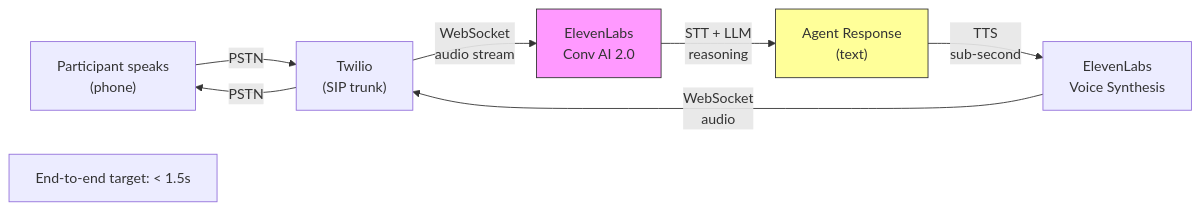
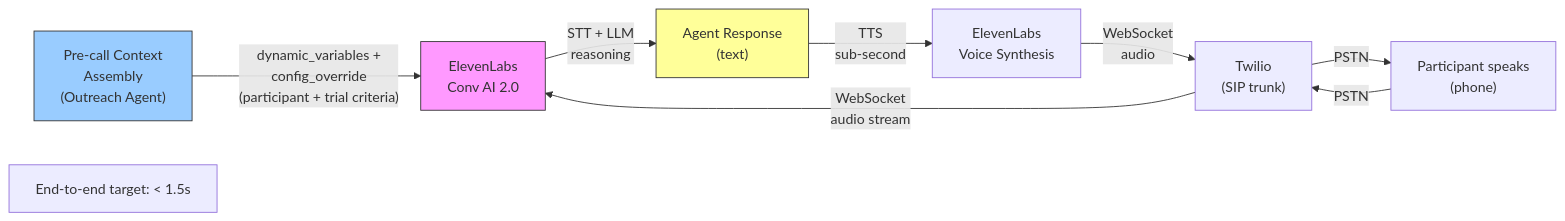
Before and after one commit to wilsonwolf/ask_mary: the fifth of 10 diagrams in local_docs/ask_mary_plan.md, drawn with Mermaid. The commit also changed other lines of this file and 66 other files, not shown here.

````diff
--- a/local_docs/ask_mary_plan.md
+++ b/local_docs/ask_mary_plan.md
@@ -737,14 +770,17 @@
 ```mermaid
 graph LR
+    PRE["Pre-call Context<br/>Assembly<br/>(Outreach Agent)"] -->|"dynamic_variables +<br/>config_override<br/>(participant + trial criteria)"| C
+
     A["Participant speaks<br/>(phone)"] -->|PSTN| B["Twilio<br/>(SIP trunk)"]
     B -->|WebSocket<br/>audio stream| C["ElevenLabs<br/>Conv AI 2.0"]
     C -->|STT + LLM<br/>reasoning| D["Agent Response<br/>(text)"]
     D -->|TTS<br/>sub-second| E["ElevenLabs<br/>Voice Synthesis"]
     E -->|WebSocket<br/>audio| B
     B -->|PSTN| A
 
+    style PRE fill:#9cf,stroke:#333
     style C fill:#f9f,stroke:#333
     style D fill:#ff9,stroke:#333
 
     note1["End-to-end target: < 1.5s"]
 ```
````
